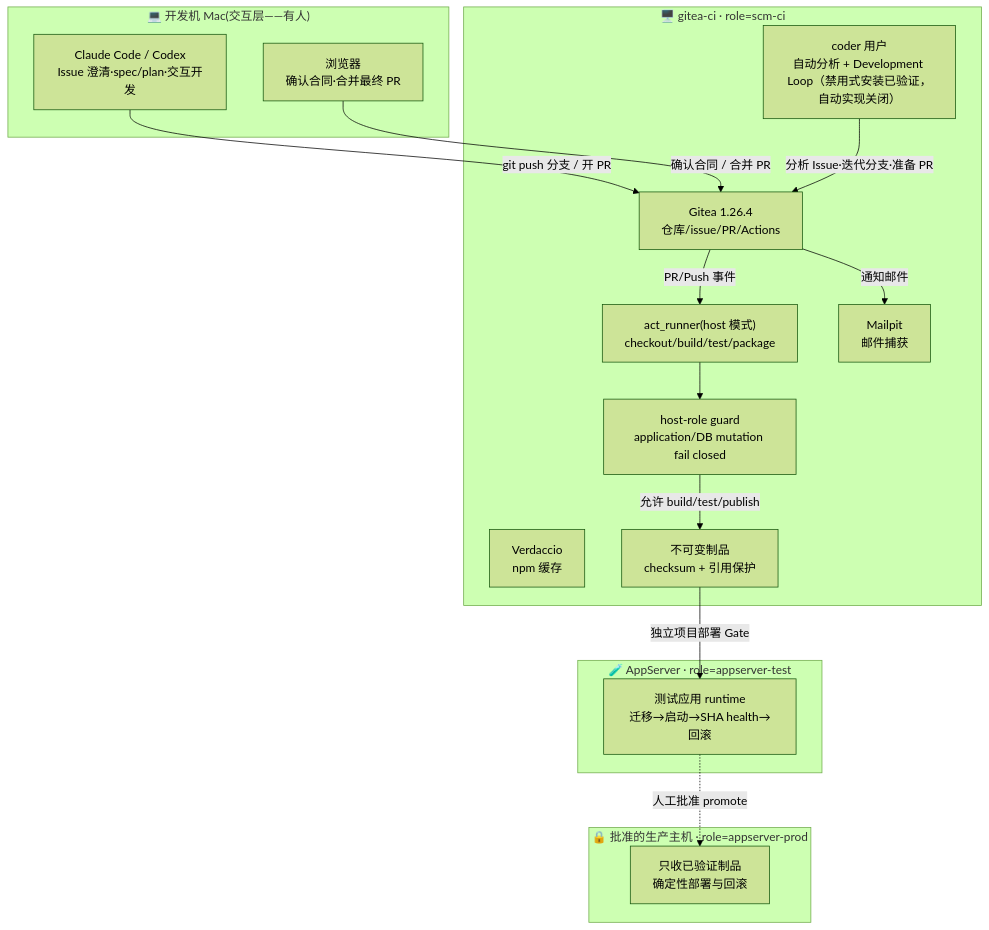
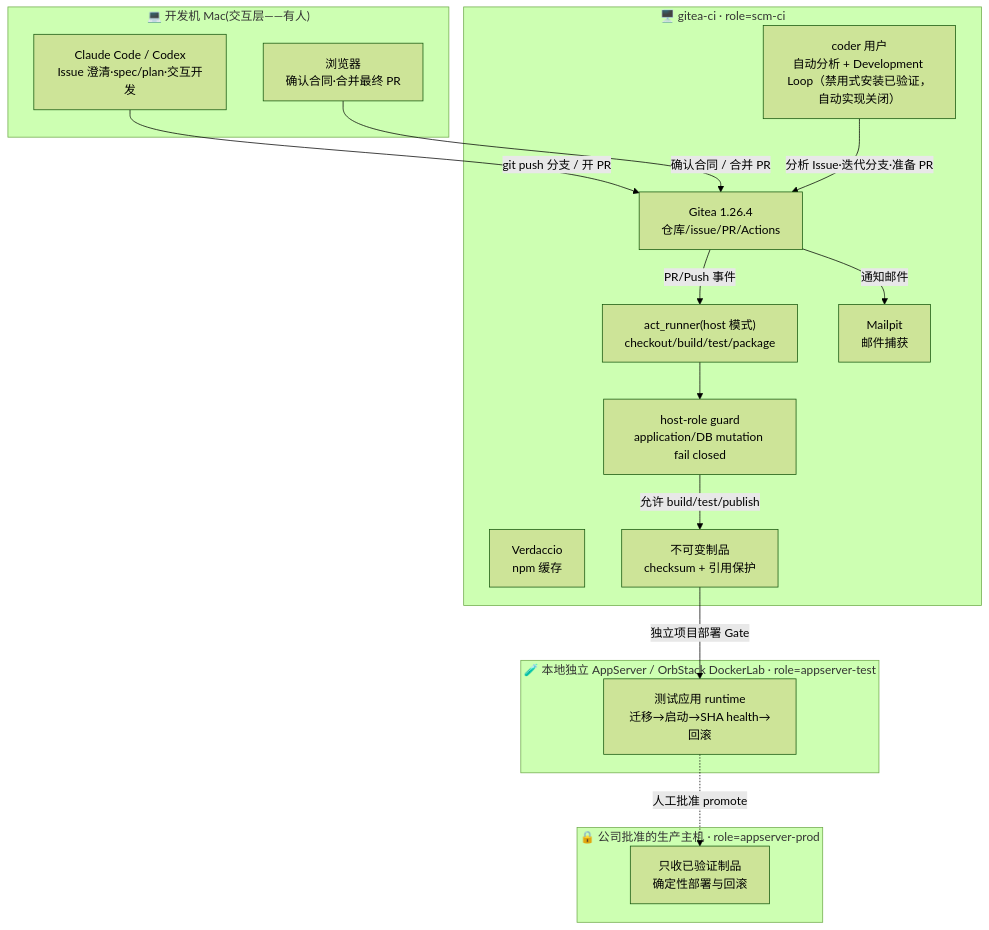
One commit to BenQue/AIGitea changed the first of 2 diagrams in README.md. Above: the diagram before and after it, drawn with Mermaid (forest theme). The commit also changed other lines of this file and 7 other files, not shown here.

````diff
--- a/README.md
+++ b/README.md
@@ -42,35 +43,35 @@
 ```mermaid
 flowchart TB
     subgraph MAC["💻 开发机 Mac(交互层——有人)"]
         DEV["Claude Code / Codex<br/>Issue 澄清·spec/plan·交互开发"]
         BROWSER["浏览器<br/>确认合同·合并最终 PR"]
     end
 
     subgraph VM1["🖥️ gitea-ci · role=scm-ci"]
         GITEA["Gitea 1.26.4<br/>仓库/issue/PR/Actions"]
         RUNNER["act_runner(host 模式)<br/>checkout/build/test/package"]
         AGENT["coder 用户<br/>自动分析 + Development Loop（禁用式安装已验证，自动实现关闭）"]
         VERD["Verdaccio<br/>npm 缓存"]
         MAIL["Mailpit<br/>邮件捕获"]
         ART["不可变制品<br/>checksum + 引用保护"]
         GUARD["host-role guard<br/>application/DB mutation fail closed"]
     end
 
-    subgraph TESTHOST["🧪 AppServer · role=appserver-test"]
+    subgraph TESTHOST["🧪 本地独立 AppServer / OrbStack DockerLab · role=appserver-test"]
         TEST["测试应用 runtime<br/>迁移→启动→SHA health→回滚"]
     end
 
-    subgraph PRODHOST["🔒 批准的生产主机 · role=appserver-prod"]
+    subgraph PRODHOST["🔒 公司批准的生产主机 · role=appserver-prod"]
         PROD["只收已验证制品<br/>确定性部署与回滚"]
     end
 
     DEV -->|"git push 分支 / 开 PR"| GITEA
     BROWSER -->|"确认合同 / 合并 PR"| GITEA
     AGENT -->|"分析 Issue·迭代分支·准备 PR"| GITEA
     GITEA -->|"PR/Push 事件"| RUNNER
     RUNNER --> GUARD
     GUARD -->|"允许 build/test/publish"| ART
     ART -->|"独立项目部署 Gate"| TEST
     TEST -.->|"人工批准 promote"| PROD
     GITEA -->|"通知邮件"| MAIL
 ```
````
